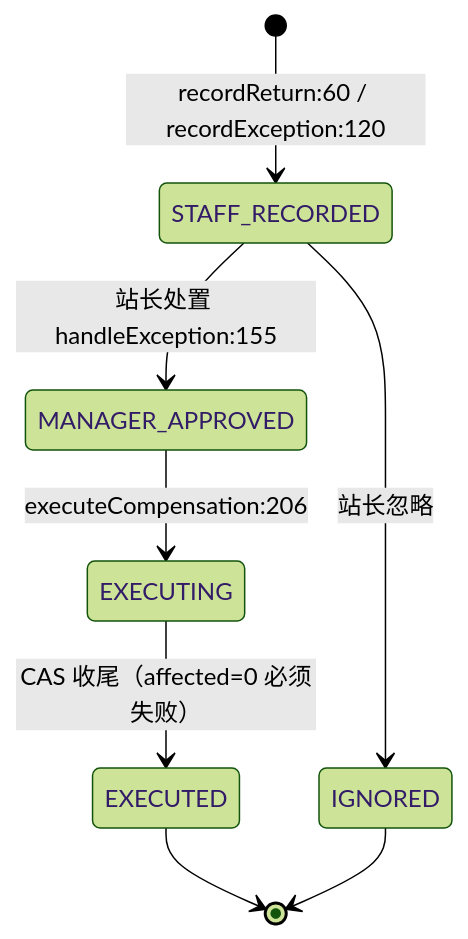
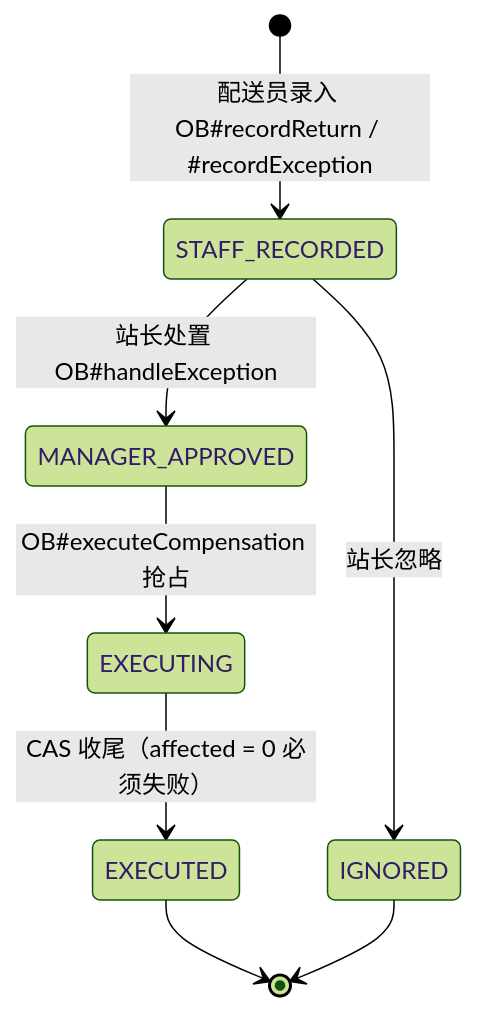
Before and after one commit to rumiasu/AquaFlow: the eighth of 10 diagrams in docs/design/15-业务流程地图.md, drawn with Mermaid (forest theme). The commit also changed other lines of this file and 54 other files, not shown here.

````diff
--- a/docs/design/15-业务流程地图.md
+++ b/docs/design/15-业务流程地图.md
@@ -300,10 +250,10 @@
 ```mermaid
 stateDiagram-v2
-  [*] --> STAFF_RECORDED: recordReturn:60 / recordException:120
-  STAFF_RECORDED --> MANAGER_APPROVED: 站长处置 handleException:155
+  [*] --> STAFF_RECORDED: 配送员录入 OB#recordReturn / #recordException
+  STAFF_RECORDED --> MANAGER_APPROVED: 站长处置 OB#handleException
   STAFF_RECORDED --> IGNORED: 站长忽略
-  MANAGER_APPROVED --> EXECUTING: executeCompensation:206
-  EXECUTING --> EXECUTED: CAS 收尾（affected=0 必须失败）
+  MANAGER_APPROVED --> EXECUTING: OB#executeCompensation 抢占
+  EXECUTING --> EXECUTED: CAS 收尾（affected = 0 必须失败）
   EXECUTED --> [*]
   IGNORED --> [*]
 ```
````
